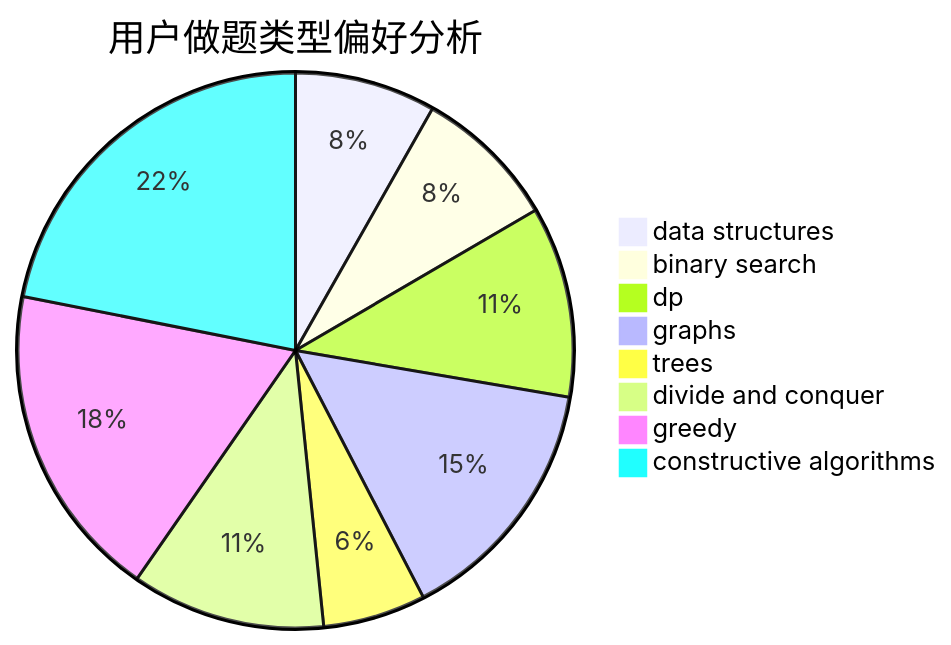
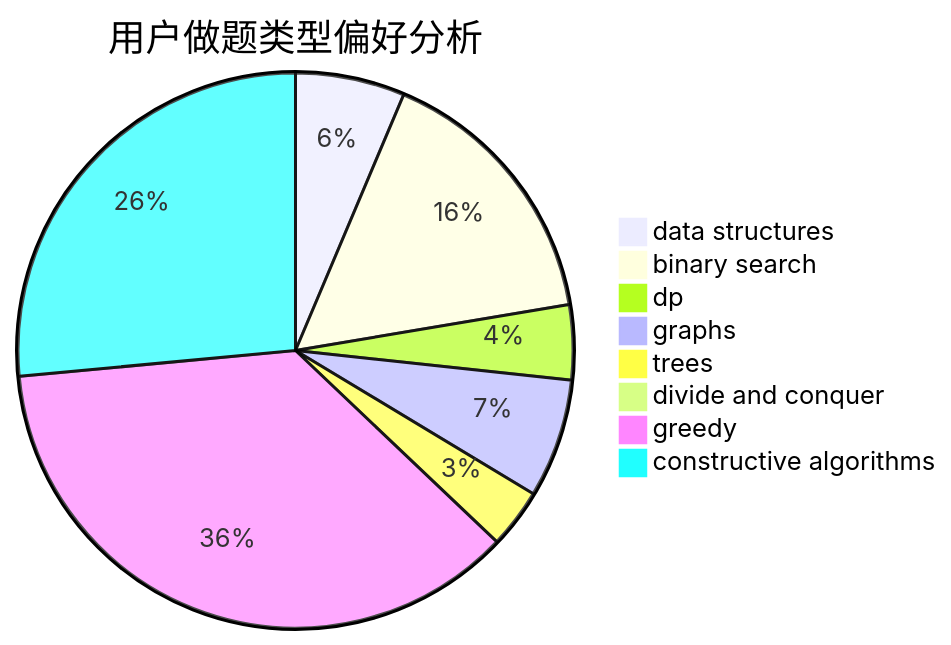
One commit to sherpahu/cfrs.github.io changed the second of 3 diagrams in docs/user/u264.md. Above: the diagram before and after it, drawn with Mermaid. The commit also changed other lines of this file and 2770 other files, not shown here.

````diff
--- a/docs/user/u264.md
+++ b/docs/user/u264.md
@@ -23,11 +23,11 @@
 ```mermaid
 pie title 用户做题类型偏好分析
-    "data structures" :  96
-    "binary search" :  98
-    "dp" :  130
-    "graphs" :  172
-    "trees" :  70
-    "divide and conquer" :  132
-    "greedy" :  216
-    "constructive algorithms" :  256
+    "data structures" :  57
+    "binary search" :  143
+    "dp" :  39
+    "graphs" :  62
+    "trees" :  31
+    "divide and conquer" :  9
+    "greedy" :  326
+    "constructive algorithms" :  237
 ```
````
